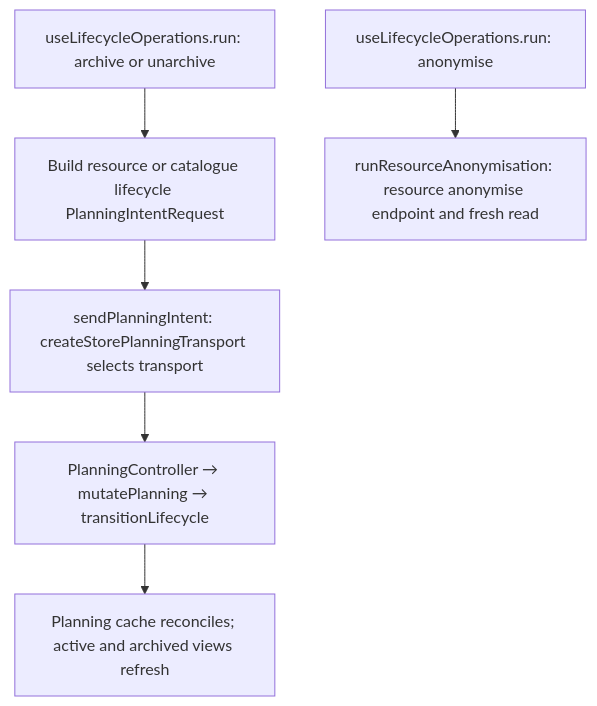
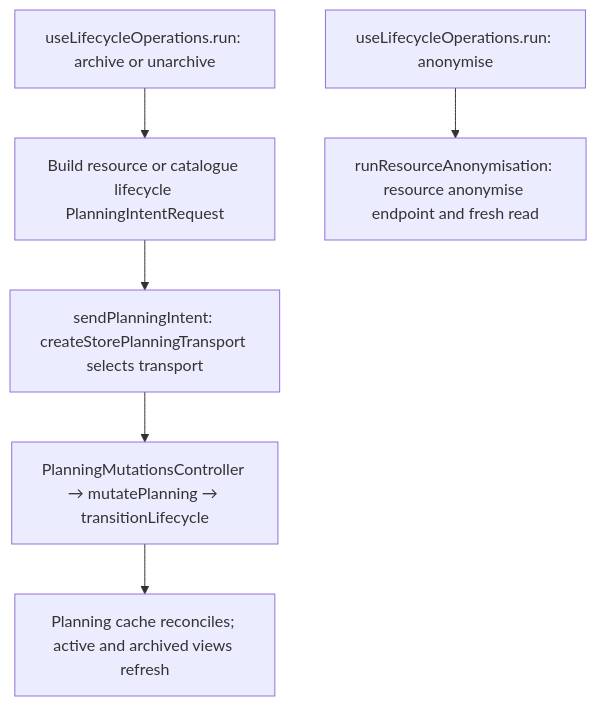
Before and after one commit to Kevinjohn/capacitylens: the second of 2 diagrams in user-stories/settings/US-SET-12-archived-deleted.md, drawn with Mermaid. The commit also changed other lines of this file and 139 other files, not shown here.

````diff
--- a/user-stories/settings/US-SET-12-archived-deleted.md
+++ b/user-stories/settings/US-SET-12-archived-deleted.md
@@ -34,8 +34,8 @@
 ```mermaid
 flowchart TD
 archive["useLifecycleOperations.run: archive or unarchive"] --> intent["Build resource or catalogue lifecycle PlanningIntentRequest"]
   intent --> send["sendPlanningIntent: createStorePlanningTransport selects transport"]
-  send --> server["PlanningController → mutatePlanning → transitionLifecycle"]
+  send --> server["PlanningMutationsController → mutatePlanning → transitionLifecycle"]
   server --> view["Planning cache reconciles; active and archived views refresh"]
   individual["useLifecycleOperations.run: anonymise"] --> named["runResourceAnonymisation: resource anonymise endpoint and fresh read"]
 ```
````
